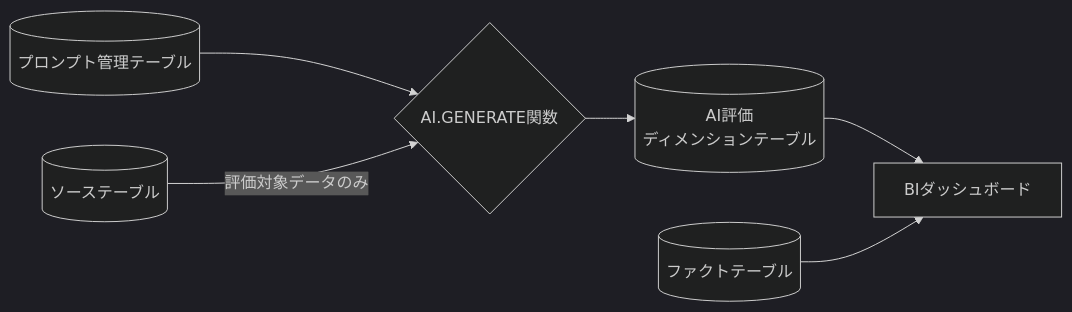
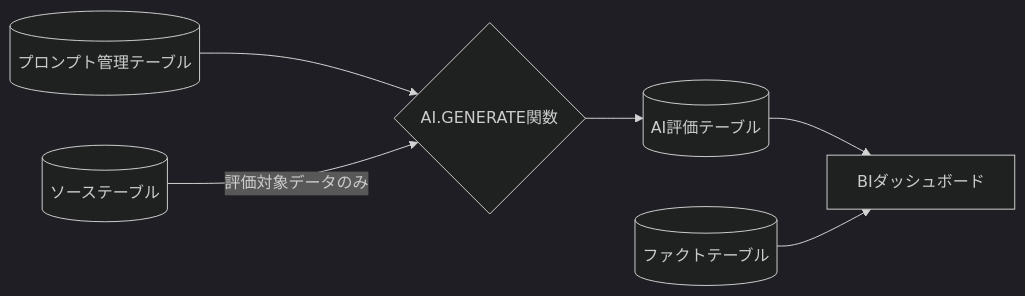
The fifth of 5 diagrams in bigquery-ai-generate/bigquery-ai-generate.md (1210yuichi0/slides), drawn with Mermaid (dark theme) before and after one commit. The commit also changed other lines of this file and 1 other file, not shown here.

First line of the commit message:
fix: resolve Mermaid text clipping in PDF output

```diff
--- a/bigquery-ai-generate/bigquery-ai-generate.md
+++ b/bigquery-ai-generate/bigquery-ai-generate.md
@@ -275,15 +303,12 @@
-<div class="mermaid">
+<pre class="mermaid">
 flowchart LR
     PM[(プロンプト管理テーブル)]
     SRC[(ソーステーブル)]
     AI{AI.GENERATE関数}
-    DIM[(AI評価
-    ディメンションテーブル)]
+    DIM[(AI評価テーブル)]
     FACT[(ファクトテーブル)]
     BI[BIダッシュボード]
-    PM -->  AI 
+    PM -->  AI
     SRC -->|評価対象データのみ|AI --> DIM --> BI
     FACT --> BI
-
-
-</div>
+</pre>
```
